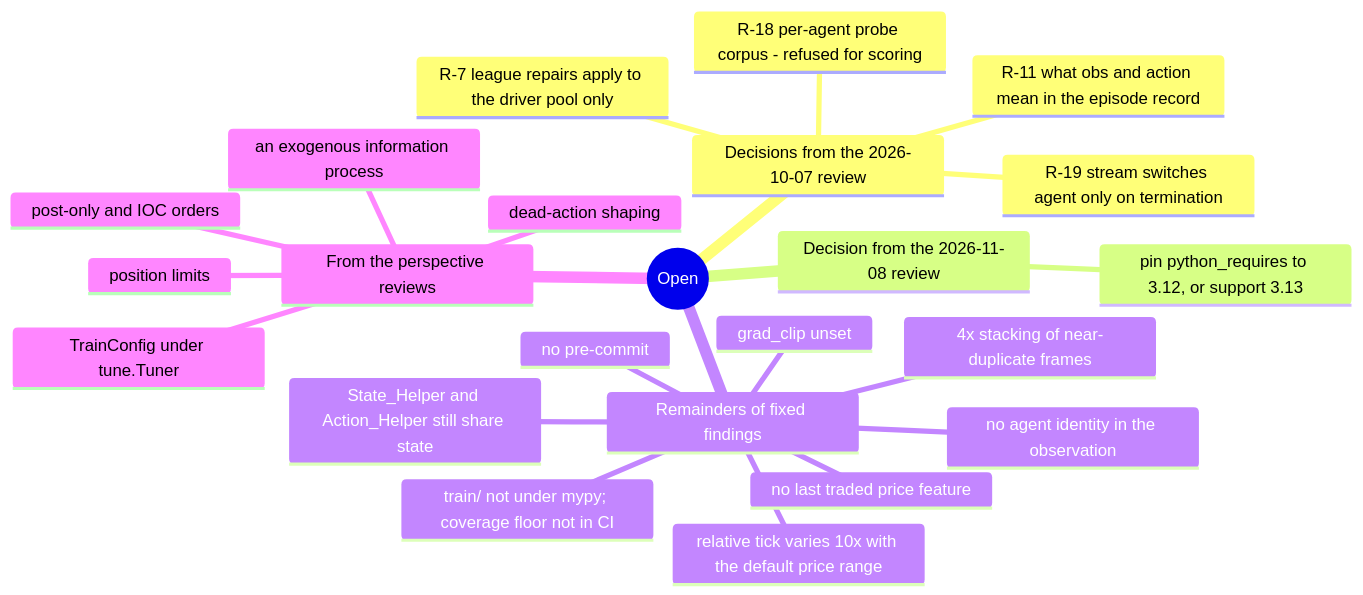
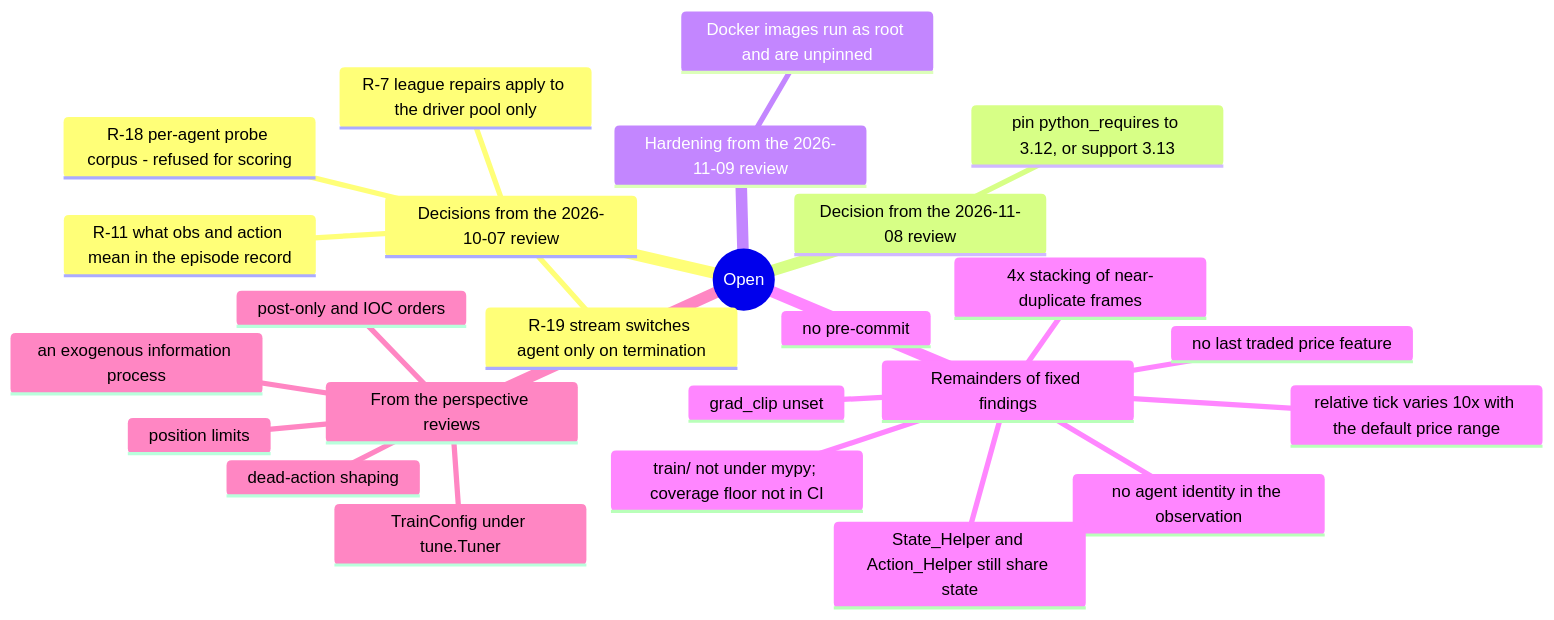
The diagram in docs/15_findings_and_recommendations.md (ChuaCheowHuan/gym-continuousDoubleAuction), drawn with Mermaid before and after one commit. The commit also changed other lines of this file and 5 other files, not shown here.

````diff
--- a/docs/15_findings_and_recommendations.md
+++ b/docs/15_findings_and_recommendations.md
@@ -31,26 +31,28 @@
 ```mermaid
 mindmap
   root((Open))
     Decisions from the 2026-10-07 review
       R-7 league repairs apply to the driver pool only
       R-11 what obs and action mean in the episode record
       R-18 per-agent probe corpus - refused for scoring
       R-19 stream switches agent only on termination
     Decision from the 2026-11-08 review
       pin python_requires to 3.12, or support 3.13
+    Hardening from the 2026-11-09 review
+      Docker images run as root and are unpinned
     Remainders of fixed findings
       grad_clip unset
       no agent identity in the observation
       no last traded price feature
       train/ not under mypy; coverage floor not in CI
       State_Helper and Action_Helper still share state
       4x stacking of near-duplicate frames
       relative tick varies 10x with the default price range
       no pre-commit
     From the perspective reviews
       dead-action shaping
       position limits
       post-only and IOC orders
       an exogenous information process
       TrainConfig under tune.Tuner
 ```
````
